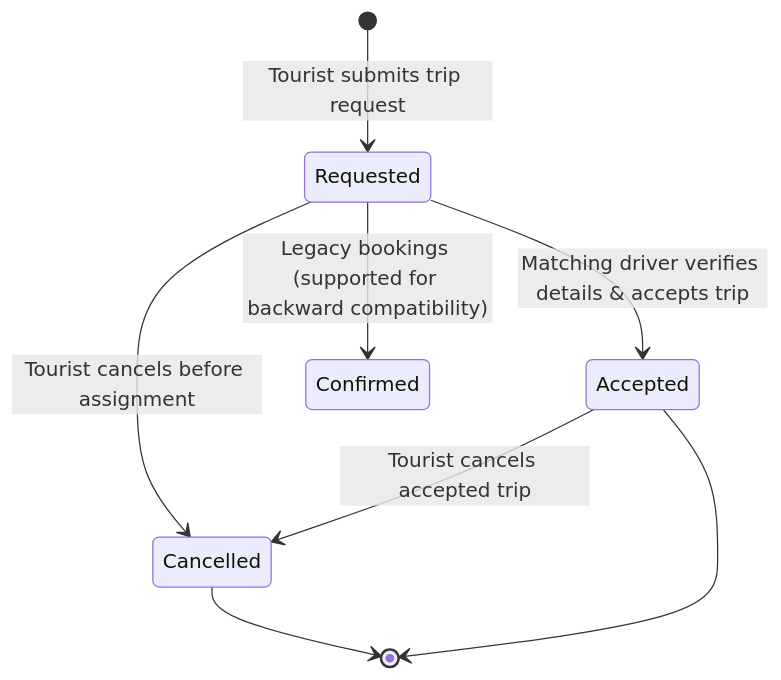
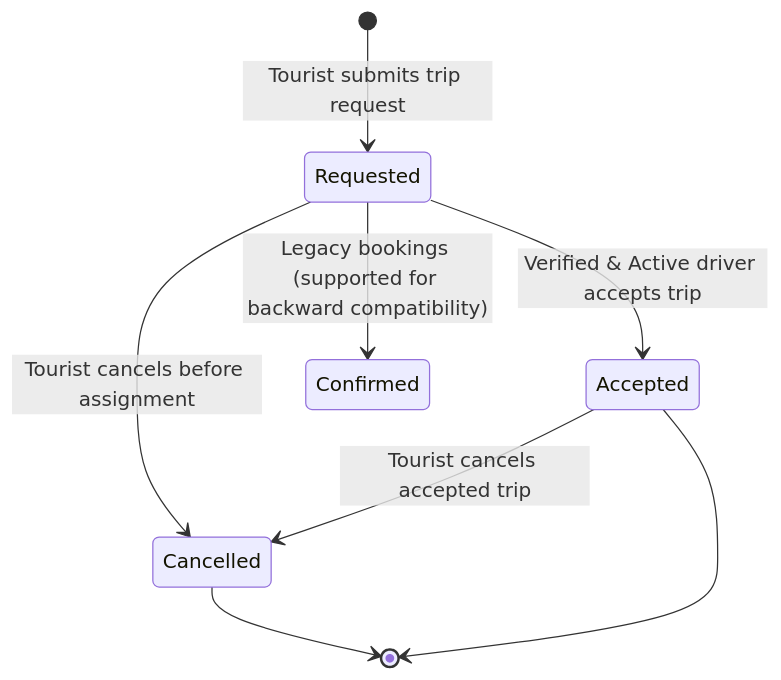
One commit to venkannarankireddy/Destination-Paradise changed the diagram in docs/ARCHITECTURE.md. Above: the diagram before and after it, drawn with Mermaid. The commit also changed other lines of this file and 9 other files, not shown here.

````diff
--- a/docs/ARCHITECTURE.md
+++ b/docs/ARCHITECTURE.md
@@ -132,10 +180,10 @@
 ```mermaid
 stateDiagram-v2
     [*] --> Requested: Tourist submits trip request
-    Requested --> Accepted: Matching driver verifies details & accepts trip
+    Requested --> Accepted: Verified & Active driver accepts trip
     Requested --> Cancelled: Tourist cancels before assignment
     Accepted --> Cancelled: Tourist cancels accepted trip
     Requested --> Confirmed: Legacy bookings (supported for backward compatibility)
     Cancelled --> [*]
     Accepted --> [*]
 ```
````
